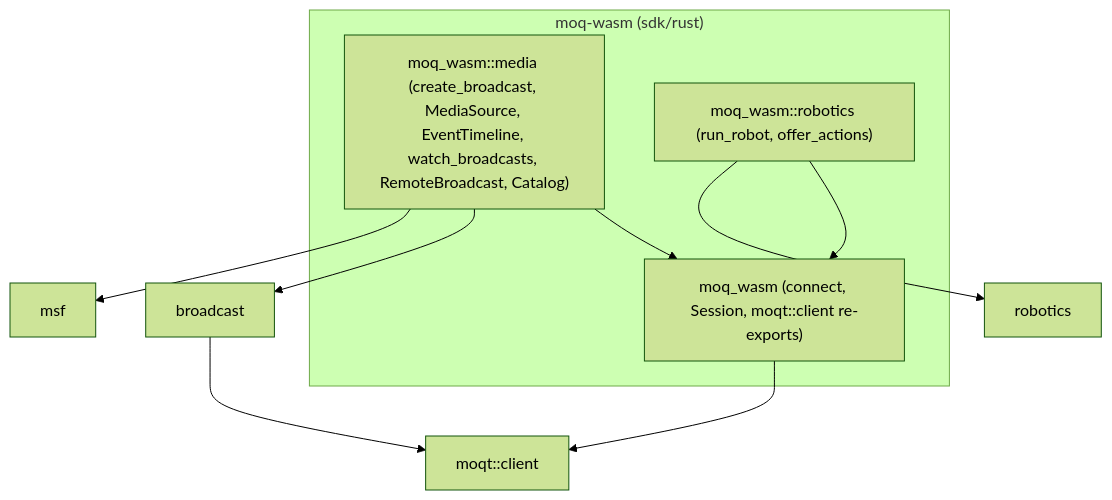
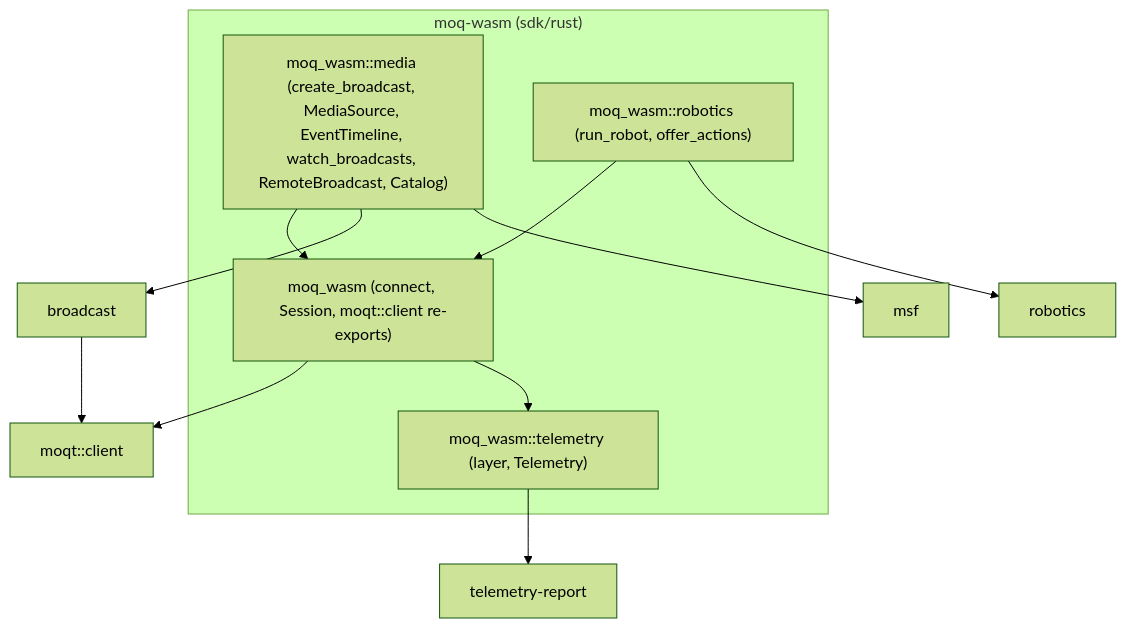
Before and after one commit to nttcom/moq-wasm: the diagram in docs/architecture/moq-wasm/sdk.md, drawn with Mermaid (forest theme). The commit also changed other lines of this file and 16 other files, not shown here.

First line of the commit message:
feat(moq-wasm): Rust SDK の tracing ログ・スパンを client telemetry へ送る (#2131)

````diff
--- a/docs/architecture/moq-wasm/sdk.md
+++ b/docs/architecture/moq-wasm/sdk.md
@@ -36,15 +36,18 @@
 ```mermaid
 flowchart TB
     subgraph moq_wasm["moq-wasm (sdk/rust)"]
         media["moq_wasm::media (create_broadcast, MediaSource, EventTimeline, watch_broadcasts, RemoteBroadcast, Catalog)"]
         robotics["moq_wasm::robotics (run_robot, offer_actions)"]
         core["moq_wasm (connect, Session, moqt::client re-exports)"]
+        telemetry["moq_wasm::telemetry (layer, Telemetry)"]
     end
     media --> core
     media --> broadcast["broadcast"]
     media --> msf["msf"]
     robotics --> core
     robotics --> rlib["robotics"]
     core --> moqt["moqt::client"]
+    core --> telemetry
+    telemetry --> report["telemetry-report"]
     broadcast --> moqt
 ```
````
